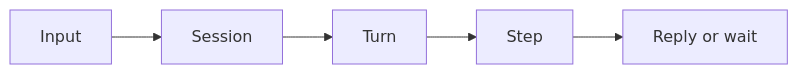
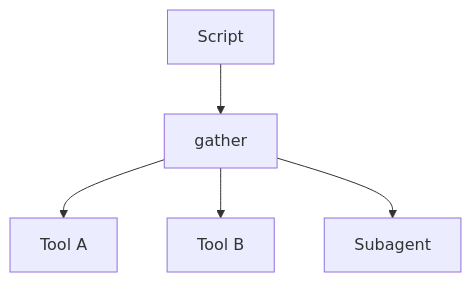
One commit to taonic/temporal-design-patterns changed the diagram in docs/script-fan-out.md. Above: the diagram before and after it, drawn with Mermaid. The commit also changed other lines of this file and 25 other files, not shown here.

````diff
--- a/docs/script-fan-out.md
+++ b/docs/script-fan-out.md
@@ -16,7 +18,7 @@
 ```mermaid
-flowchart LR
-    Input[Input] --> Session
-    Session --> Turn
-    Turn --> Step
-    Step --> Out[Reply or wait]
+flowchart TB
+    Script --> G[gather]
+    G --> T1[Tool A]
+    G --> T2[Tool B]
+    G --> S1[Subagent]
 ```
````
